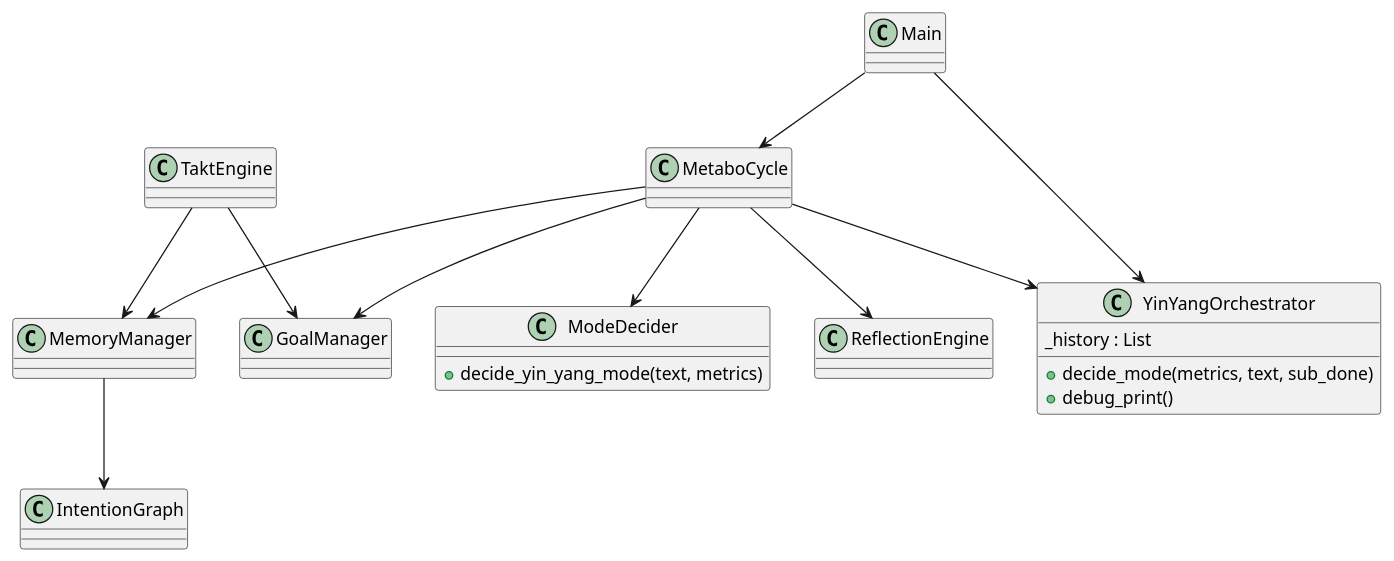
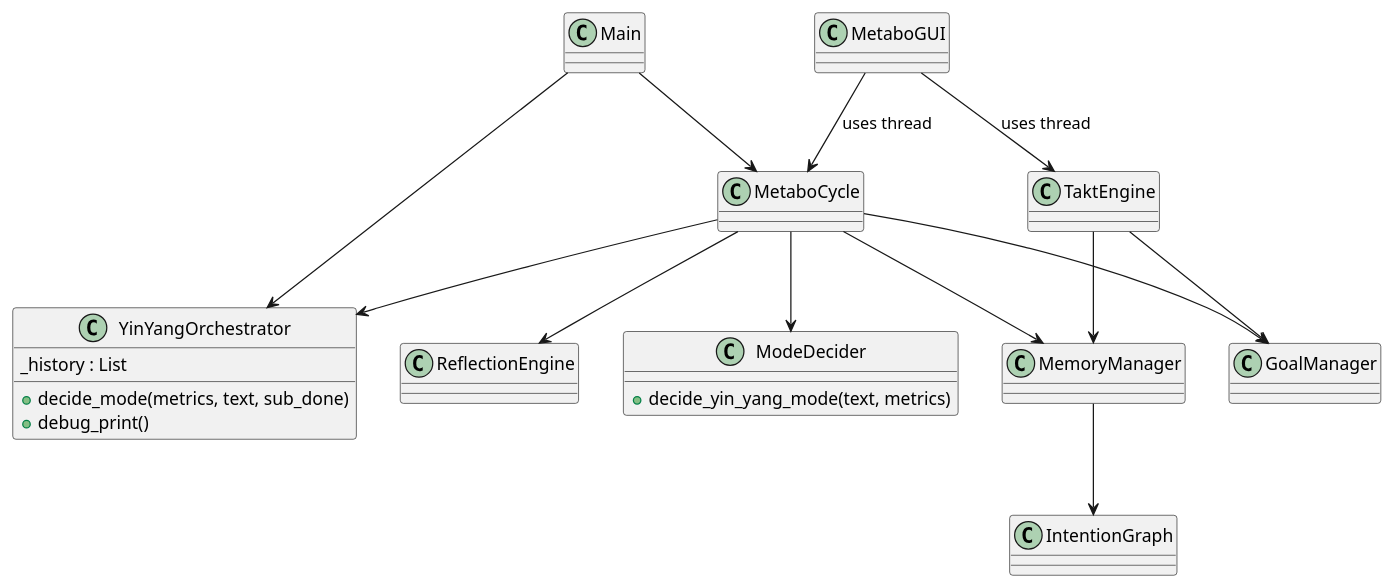
Before and after one commit to marcusreimold/MetaboMind: the diagram in doc/diagrams/class_diagram.puml, drawn with PlantUML. The commit also changed 3 other files, not shown here.

```diff
--- a/doc/diagrams/class_diagram.puml
+++ b/doc/diagrams/class_diagram.puml
@@ -1,25 +1,28 @@
 @startuml
 class Main
 class MetaboCycle
 class GoalManager
 class MemoryManager
 class IntentionGraph
 class ReflectionEngine
 class TaktEngine
 class YinYangOrchestrator
 class ModeDecider
+class MetaboGUI
 YinYangOrchestrator : +decide_mode(metrics, text, sub_done)
 YinYangOrchestrator : +debug_print()
 YinYangOrchestrator : _history : List
 ModeDecider : +decide_yin_yang_mode(text, metrics)
 Main --> MetaboCycle
 MetaboCycle --> GoalManager
 MetaboCycle --> MemoryManager
 MetaboCycle --> ReflectionEngine
 MetaboCycle --> YinYangOrchestrator
 MetaboCycle --> ModeDecider
 MemoryManager --> IntentionGraph
 TaktEngine --> MemoryManager
 TaktEngine --> GoalManager
 Main --> YinYangOrchestrator
+MetaboGUI --> MetaboCycle : uses thread
+MetaboGUI --> TaktEngine : uses thread
 @enduml
```
